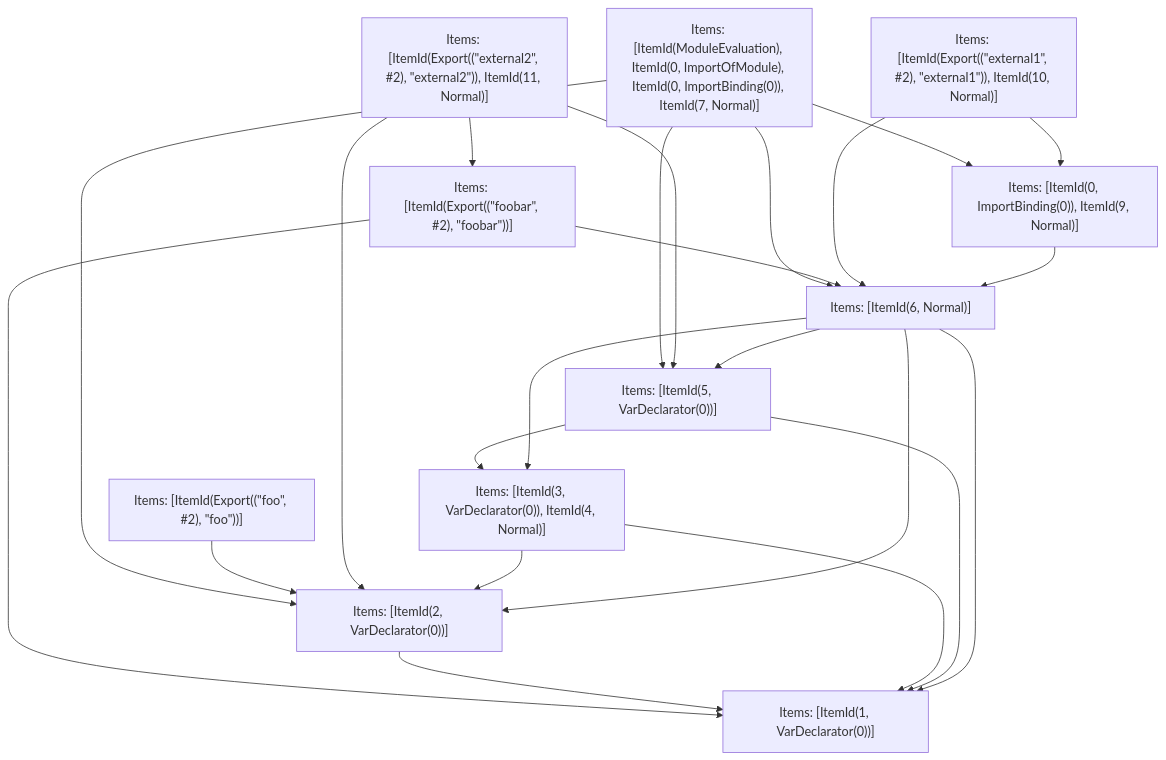
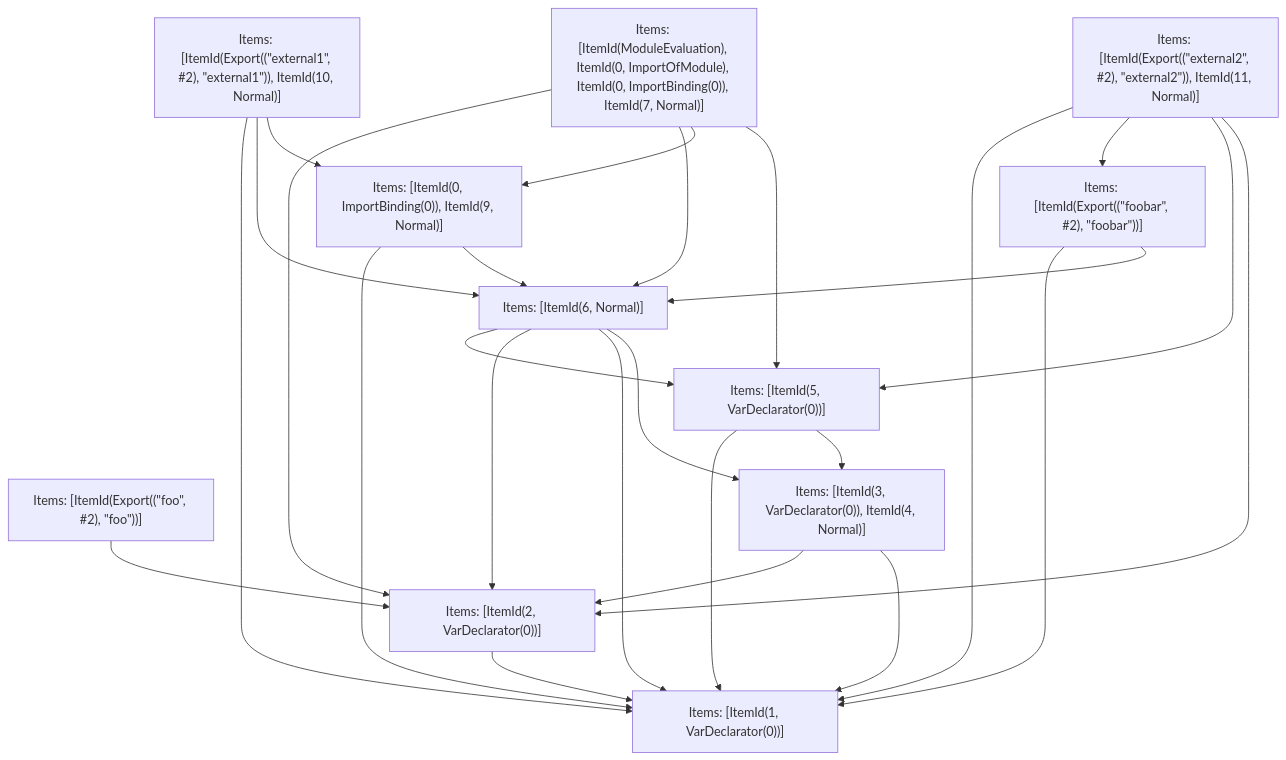
The fifth of 5 diagrams in crates/turbopack-ecmascript/tests/tree-shaker/analyzer/1/output.md (vercel/turborepo), drawn with Mermaid before and after one commit. The commit also changed other lines of this file and 63 other files, not shown here.

````diff
--- a/crates/turbopack-ecmascript/tests/tree-shaker/analyzer/1/output.md
+++ b/crates/turbopack-ecmascript/tests/tree-shaker/analyzer/1/output.md
@@ -343,36 +349,39 @@
 ```mermaid
 graph TD
     N0["Items: [ItemId(ModuleEvaluation), ItemId(0, ImportOfModule), ItemId(0, ImportBinding(0)), ItemId(7, Normal)]"];
     N1["Items: [ItemId(Export((&quot;foobar&quot;, #2), &quot;foobar&quot;))]"];
     N2["Items: [ItemId(Export((&quot;foo&quot;, #2), &quot;foo&quot;))]"];
     N3["Items: [ItemId(Export((&quot;external1&quot;, #2), &quot;external1&quot;)), ItemId(10, Normal)]"];
     N4["Items: [ItemId(Export((&quot;external2&quot;, #2), &quot;external2&quot;)), ItemId(11, Normal)]"];
     N5["Items: [ItemId(1, VarDeclarator(0))]"];
     N6["Items: [ItemId(2, VarDeclarator(0))]"];
     N7["Items: [ItemId(3, VarDeclarator(0)), ItemId(4, Normal)]"];
     N8["Items: [ItemId(5, VarDeclarator(0))]"];
     N9["Items: [ItemId(6, Normal)]"];
     N10["Items: [ItemId(0, ImportBinding(0)), ItemId(9, Normal)]"];
     N0 --> N8;
     N0 --> N10;
     N0 --> N9;
     N0 --> N6;
     N1 --> N9;
     N1 --> N5;
     N2 --> N6;
     N3 --> N10;
     N3 --> N9;
+    N3 --> N5;
     N4 --> N6;
     N4 --> N8;
     N4 --> N1;
+    N4 --> N5;
     N6 --> N5;
     N7 --> N5;
     N7 --> N6;
     N8 --> N7;
     N8 --> N5;
     N9 --> N7;
     N9 --> N5;
     N9 --> N6;
     N9 --> N8;
     N10 --> N9;
+    N10 --> N5;
 ```
````
